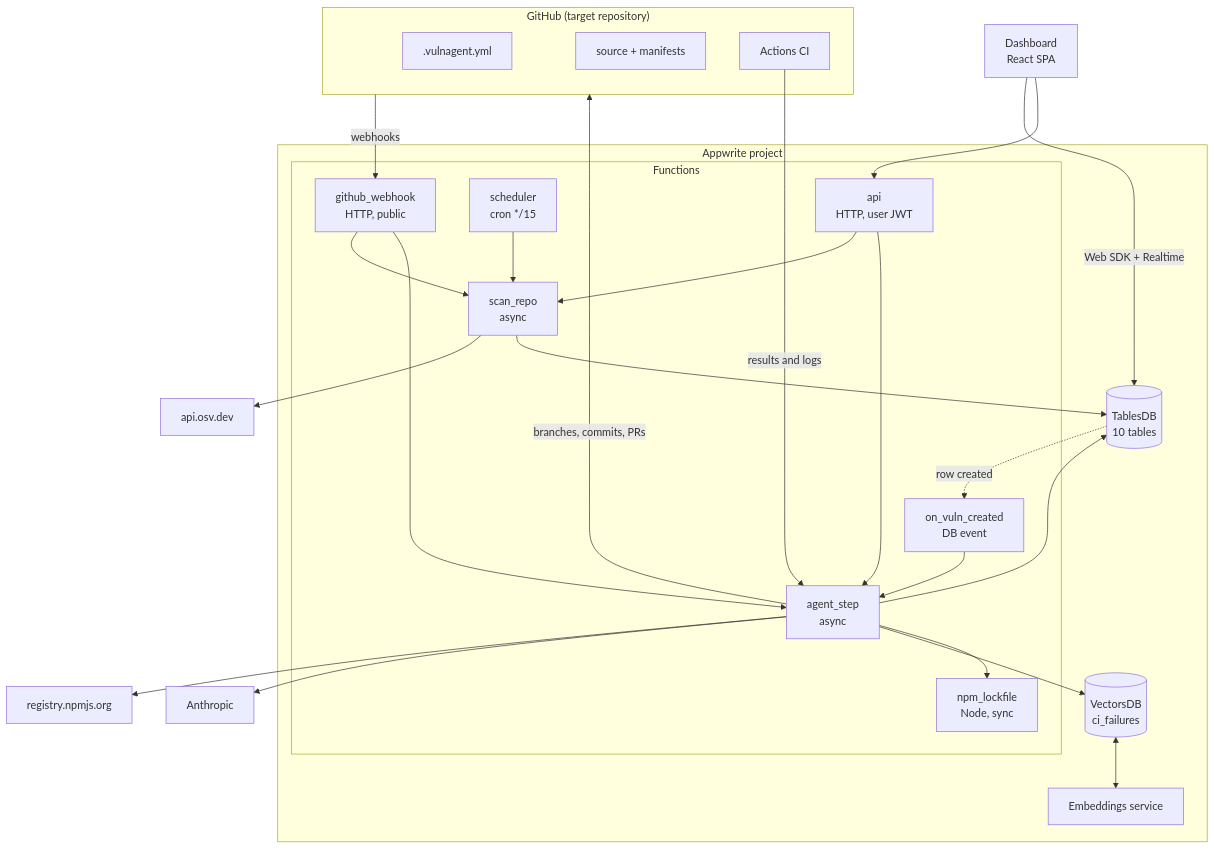
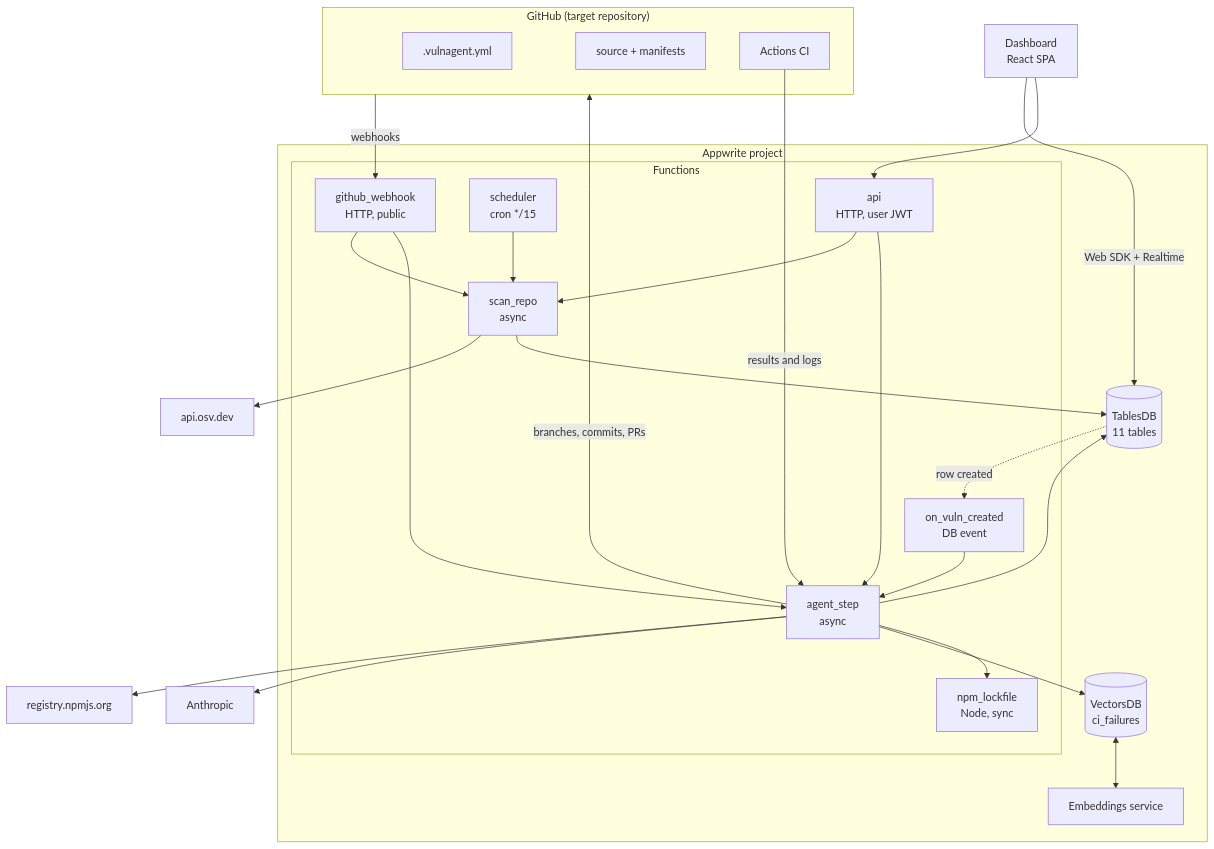
The first of 4 diagrams in docs/architecture.md (PranavViswanathan/Hydra), drawn with Mermaid before and after one commit. The commit also changed 16 other files, not shown here.

````diff
--- a/docs/architecture.md
+++ b/docs/architecture.md
@@ -16,49 +16,49 @@
 ```mermaid
 flowchart TB
     subgraph GH["GitHub (target repository)"]
         CONFIG[".vulnagent.yml"]
         CODE["source + manifests"]
         ACTIONS["Actions CI"]
     end
 
     subgraph AW["Appwrite project"]
         subgraph FN["Functions"]
             WEBHOOK["github_webhook<br/>HTTP, public"]
             SCHED["scheduler<br/>cron */15"]
             SCAN["scan_repo<br/>async"]
             STEP["agent_step<br/>async"]
             VULNEV["on_vuln_created<br/>DB event"]
             API["api<br/>HTTP, user JWT"]
             LOCK["npm_lockfile<br/>Node, sync"]
         end
-        TABLES[("TablesDB<br/>10 tables")]
+        TABLES[("TablesDB<br/>11 tables")]
         VECTORS[("VectorsDB<br/>ci_failures")]
         EMBED["Embeddings service"]
     end
 
     DASH["Dashboard<br/>React SPA"]
     OSV["api.osv.dev"]
     NPM["registry.npmjs.org"]
     LLM["Anthropic"]
 
     GH -- "webhooks" --> WEBHOOK
     WEBHOOK --> SCAN
     WEBHOOK --> STEP
     SCHED --> SCAN
     SCAN --> OSV
     SCAN --> TABLES
     TABLES -. "row created" .-> VULNEV
     VULNEV --> STEP
     STEP --> NPM
     STEP --> LLM
     STEP --> VECTORS
     STEP --> TABLES
     STEP --> LOCK
     STEP -- "branches, commits, PRs" --> GH
     ACTIONS -- "results and logs" --> STEP
     VECTORS <--> EMBED
     DASH -- "Web SDK + Realtime" --> TABLES
     DASH --> API
     API --> SCAN
     API --> STEP
 ```
````
